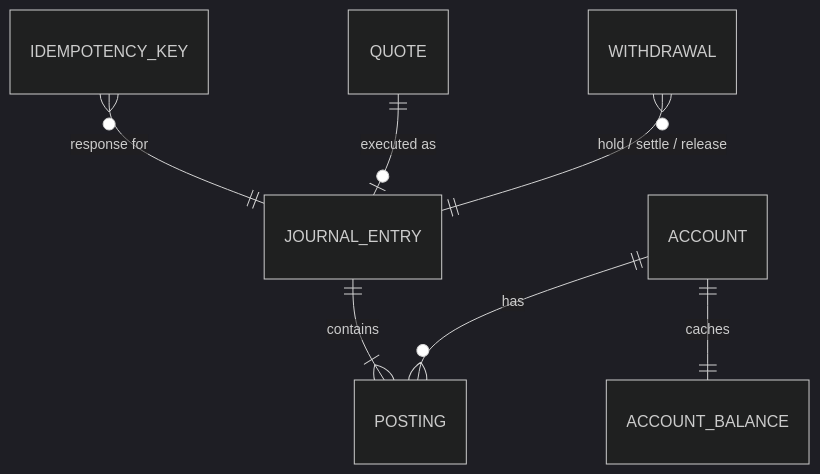
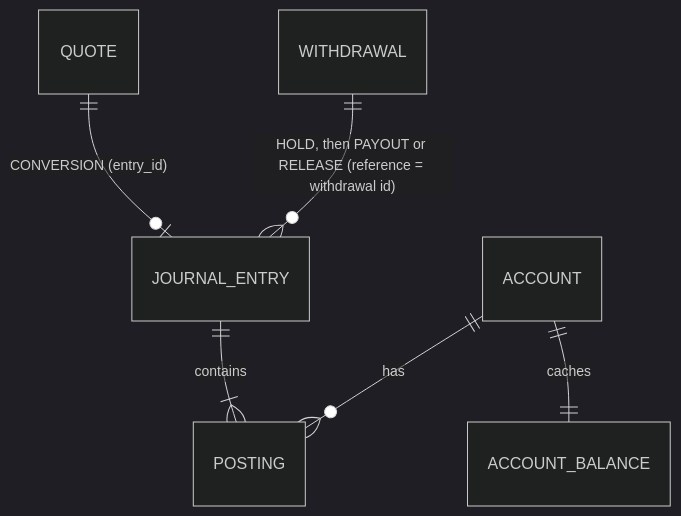
Before and after one commit to RossouwMaritz/ezeebit-wallet: the first of 5 diagrams in SOLUTION.md, drawn with Mermaid (dark theme). The commit also changed other lines of this file and 2 other files, not shown here.

````diff
--- a/SOLUTION.md
+++ b/SOLUTION.md
@@ -14,9 +29,8 @@
 ```mermaid
 erDiagram
     ACCOUNT ||--o{ POSTING : has
     JOURNAL_ENTRY ||--|{ POSTING : contains
     ACCOUNT ||--|| ACCOUNT_BALANCE : caches
-    WITHDRAWAL }o--|| JOURNAL_ENTRY : "hold / settle / release"
-    QUOTE ||--o| JOURNAL_ENTRY : "executed as"
-    IDEMPOTENCY_KEY }o--|| JOURNAL_ENTRY : "response for"
+    WITHDRAWAL ||--o{ JOURNAL_ENTRY : "HOLD, then PAYOUT or RELEASE (reference = withdrawal id)"
+    QUOTE ||--o| JOURNAL_ENTRY : "CONVERSION (entry_id)"
 ```
````
